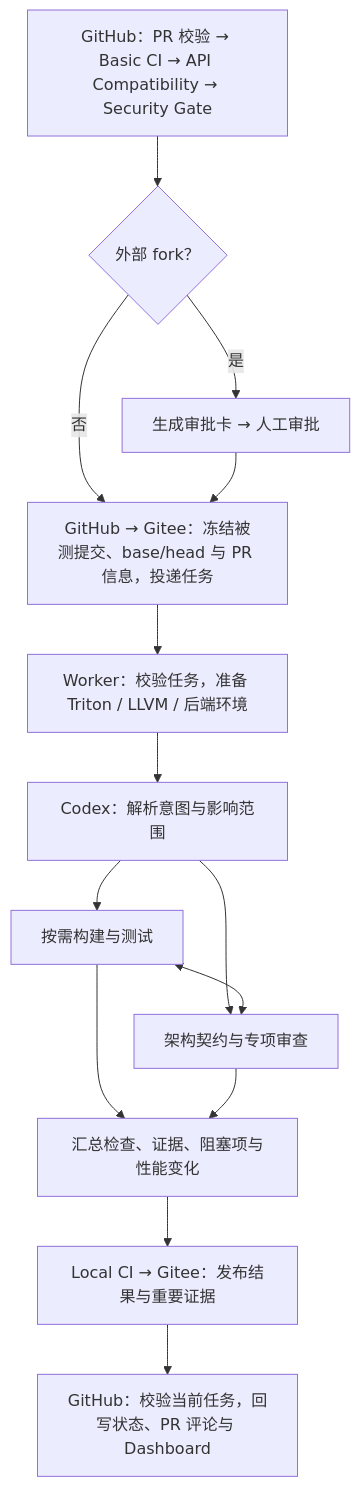
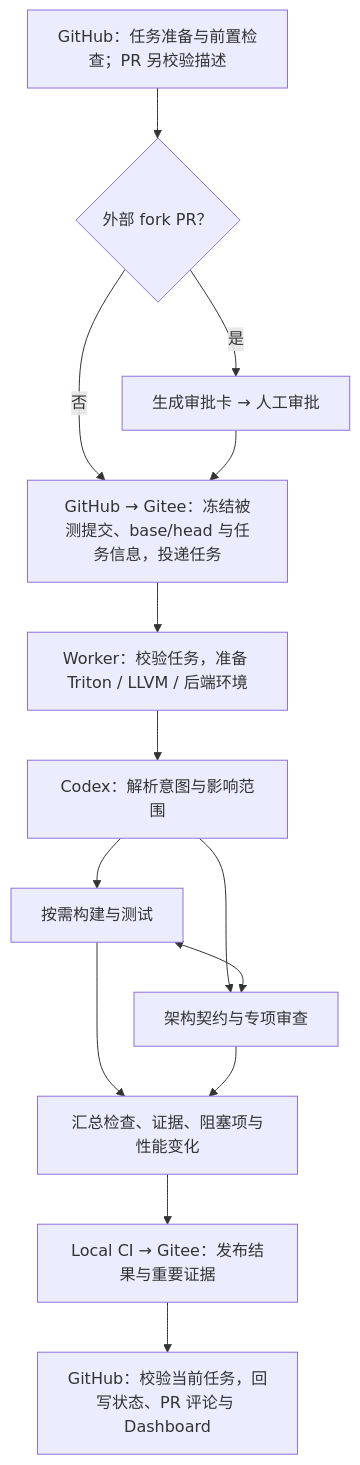
One commit to RACE-org/triton-anchor changed the diagram in scripts/local_ci/README.md. Above: the diagram before and after it, drawn with Mermaid. The commit also changed other lines of this file and 9 other files, not shown here.

````diff
--- a/scripts/local_ci/README.md
+++ b/scripts/local_ci/README.md
@@ -8,16 +8,16 @@
 ```mermaid
 flowchart TD
-  A[GitHub：PR 校验 → Basic CI → API Compatibility → Security Gate] --> B{外部 fork？}
-  B -- 否 --> C[GitHub → Gitee：冻结被测提交、base/head 与 PR 信息，投递任务]
+  A[GitHub：任务准备与前置检查；PR 另校验描述] --> B{外部 fork PR？}
+  B -- 否 --> C[GitHub → Gitee：冻结被测提交、base/head 与任务信息，投递任务]
   B -- 是 --> R[生成审批卡 → 人工审批]
   R --> C
   C --> D[Worker：校验任务，准备 Triton / LLVM / 后端环境]
   D --> E[Codex：解析意图与影响范围]
   E --> F[按需构建与测试]
   E --> G[架构契约与专项审查]
   F <--> G
   F --> H[汇总检查、证据、阻塞项与性能变化]
   G --> H
   H --> I[Local CI → Gitee：发布结果与重要证据]
   I --> J[GitHub：校验当前任务，回写状态、PR 评论与 Dashboard]
 ```
````
